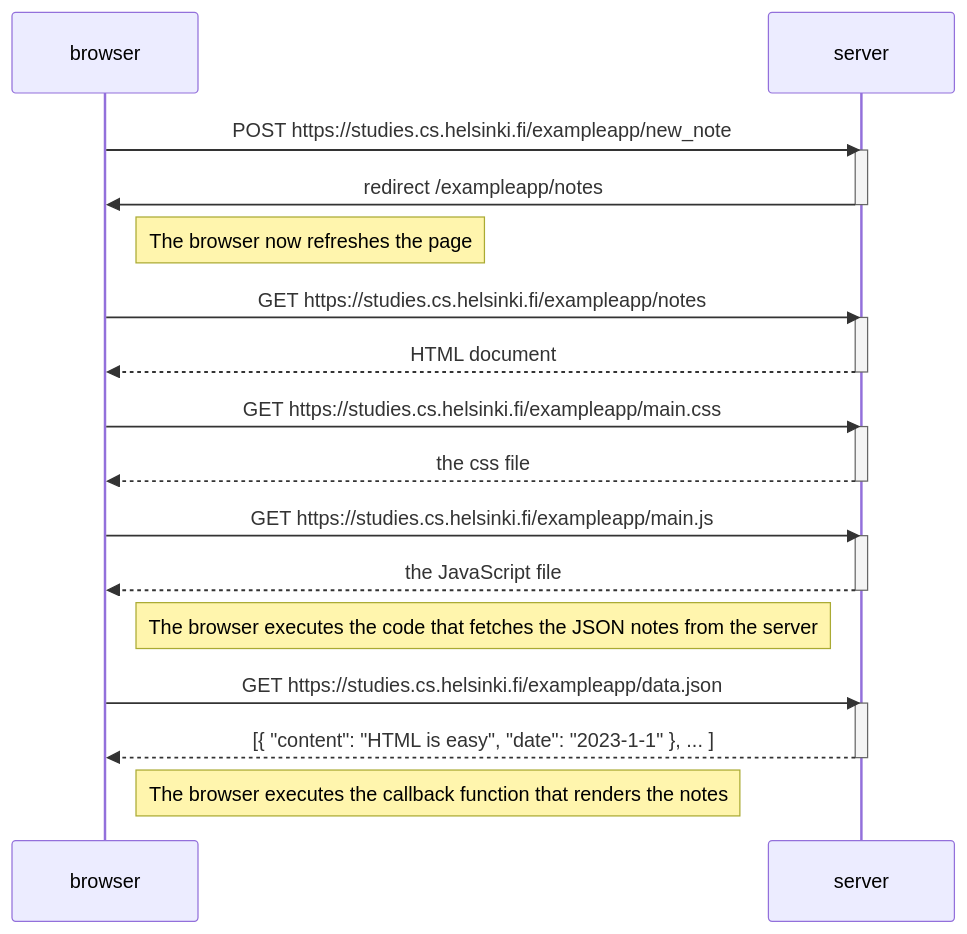
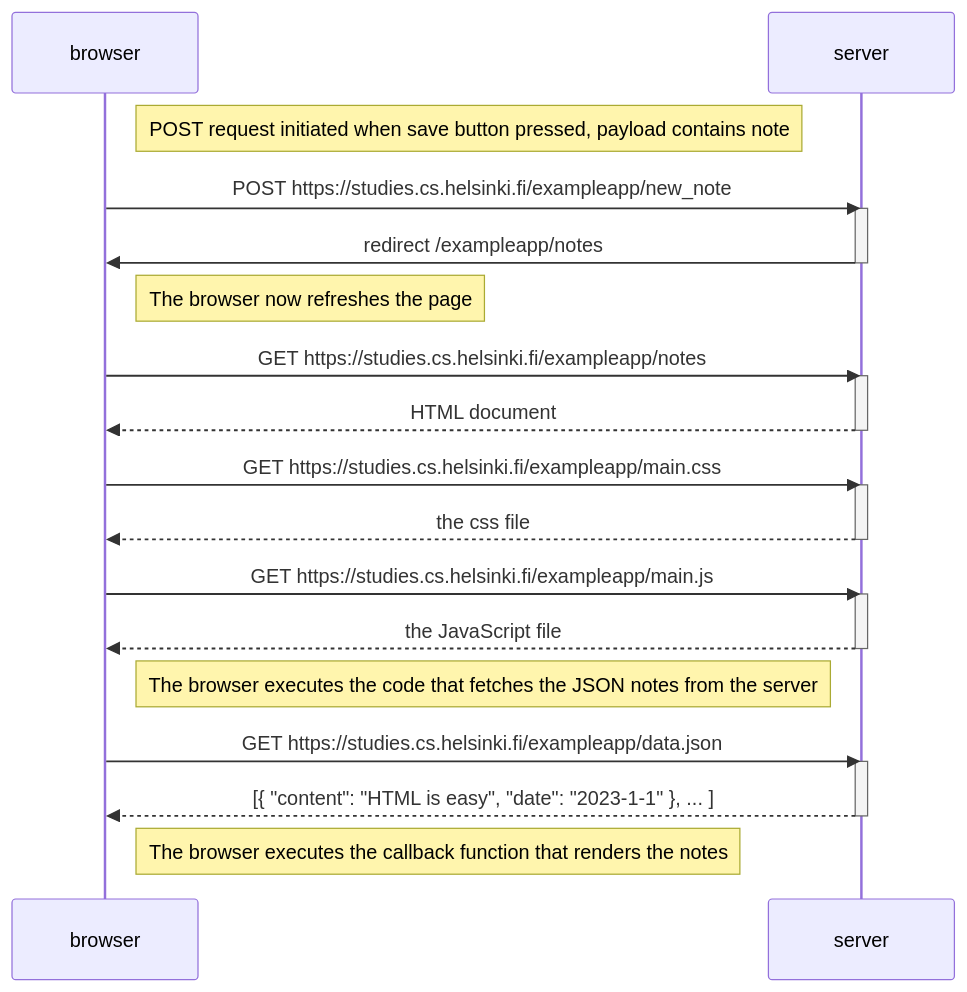
Before and after one commit to YL2407/fsopen-exercises: the diagram in part0/0_4.md, drawn with Mermaid.

````diff
--- a/part0/0_4.md
+++ b/part0/0_4.md
@@ -1,36 +1,38 @@
 ```mermaid
 sequenceDiagram
   participant browser
   participant server
+
+  Note right of browser: POST request initiated when save button pressed, payload contains note
 
   browser->>server: POST https://studies.cs.helsinki.fi/exampleapp/new_note
   activate server
   server->>browser: redirect /exampleapp/notes
   deactivate server
 
   Note right of browser: The browser now refreshes the page
 
   browser->>server: GET https://studies.cs.helsinki.fi/exampleapp/notes
   activate server
   server-->>browser: HTML document
   deactivate server
 
   browser->>server: GET https://studies.cs.helsinki.fi/exampleapp/main.css
   activate server
   server-->>browser: the css file
   deactivate server
 
   browser->>server: GET https://studies.cs.helsinki.fi/exampleapp/main.js
   activate server
   server-->>browser: the JavaScript file
   deactivate server
 
   Note right of browser: The browser executes the code that fetches the JSON notes from the server
 
   browser->>server: GET https://studies.cs.helsinki.fi/exampleapp/data.json
   activate server
   server-->>browser: [{ "content": "HTML is easy", "date": "2023-1-1" }, ... ]
   deactivate server
 
   Note right of browser: The browser executes the callback function that renders the notes
 ```
````
